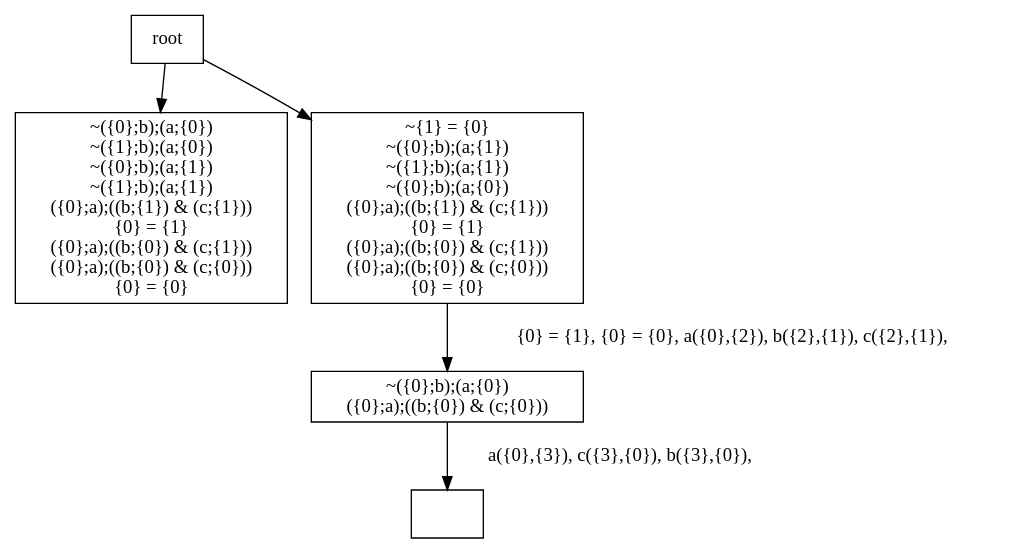
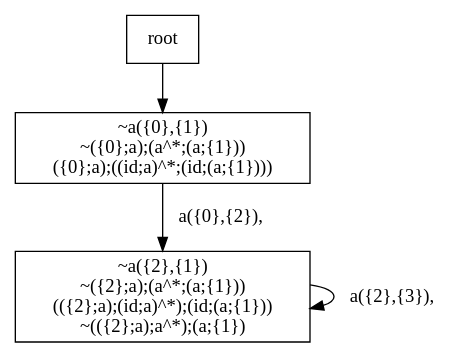
One commit to jangreen/rat changed the diagram in output/regular.dot. Above: the diagram before and after it, drawn with Graphviz. The commit also changed 7 other files, not shown here.

```diff
--- a/output/regular.dot
+++ b/output/regular.dot
@@ -1,33 +1,17 @@
 digraph {
 node[shape="box"]
-N0x11e72c970[label="~({0};b);(a;{0})
-~({1};b);(a;{0})
-~({0};b);(a;{1})
-~({1};b);(a;{1})
-({0};a);((b;{1}) & (c;{1}))
-{0} = {1}
-({0};a);((b;{0}) & (c;{1}))
-({0};a);((b;{0}) & (c;{0}))
-{0} = {0}
+N0x150807430[label="~a({0},{1})
+~({0};a);(a^*;(a;{1}))
+({0};a);((id;a)^*;(id;(a;{1})))
 "];
-root -> N0x11e72c970;
-N0x11e72ce00[label="~{1} = {0}
-~({0};b);(a;{1})
-~({1};b);(a;{1})
-~({0};b);(a;{0})
-({0};a);((b;{1}) & (c;{1}))
-{0} = {1}
-({0};a);((b;{0}) & (c;{1}))
-({0};a);((b;{0}) & (c;{0}))
-{0} = {0}
+N0x150807430 -> N0x150906680[label="a({0},{2}), 
 "];
-N0x11e72ce00 -> N0x11e711f70[label="{0} = {1}, {0} = {0}, a({0},{2}), b({2},{1}), c({2},{1}), 
+N0x150906680[label="~a({2},{1})
+~({2};a);(a^*;(a;{1}))
+(({2};a);(id;a)^*);(id;(a;{1}))
+~(({2};a);a^*);(a;{1})
 "];
-N0x11e711f70[label="~({0};b);(a;{0})
-({0};a);((b;{0}) & (c;{0}))
+N0x150906680 -> N0x150906680[label="a({2},{3}), 
 "];
-N0x11e711f70 -> N0x11e709e00[label="a({0},{3}), c({3},{0}), b({3},{0}), 
-"];
-N0x11e709e00[label=""];
-root -> N0x11e72ce00;
+root -> N0x150807430;
 }
```
